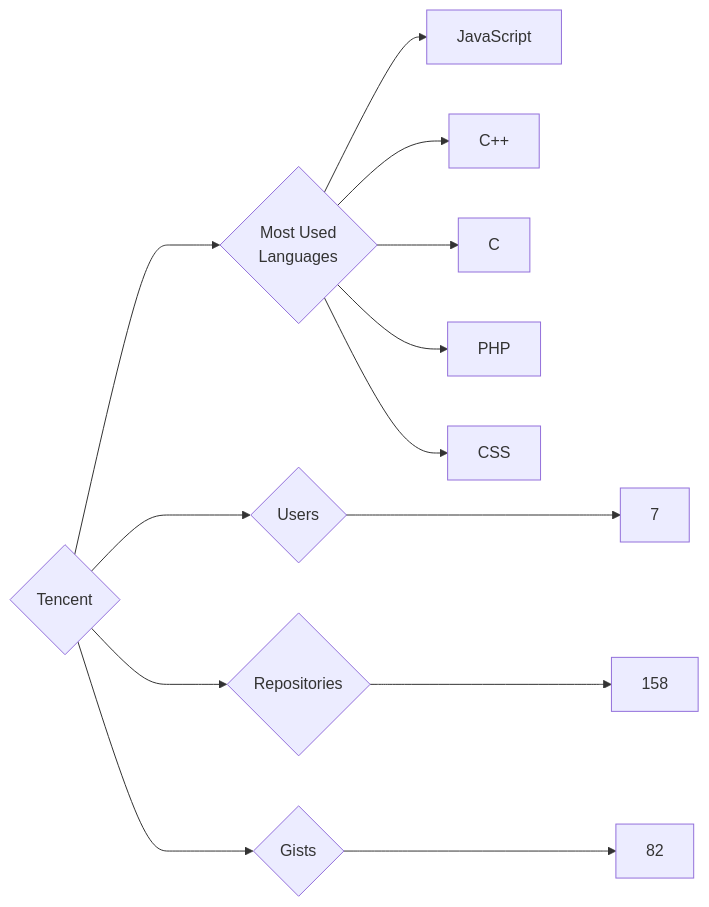
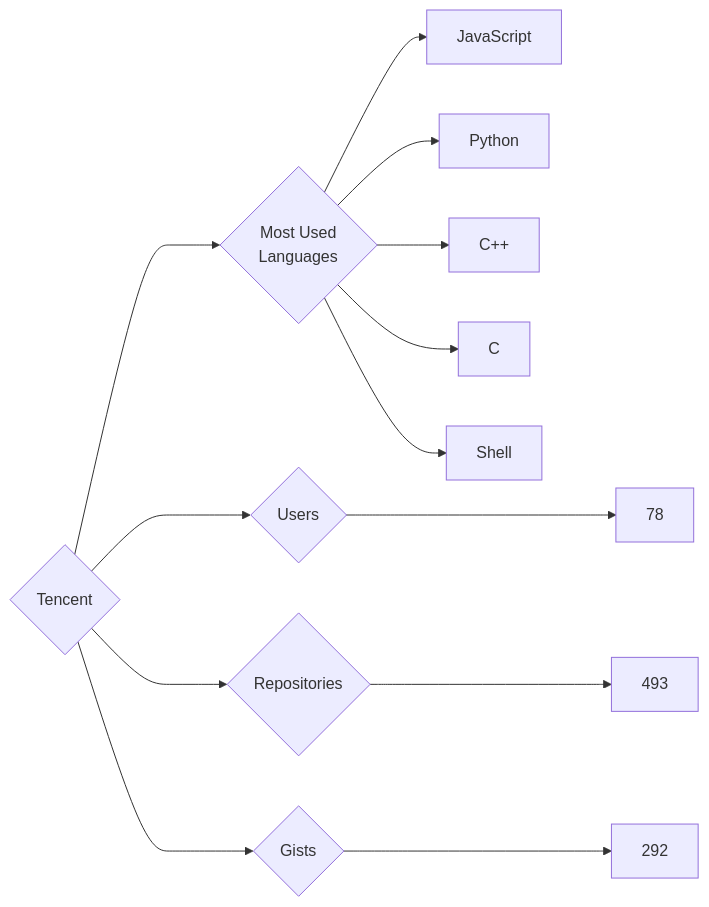
One commit to trickest/insiders changed the diagram in targets/Tencent/README.md. Above: the diagram before and after it, drawn with Mermaid. The commit also changed 773 other files, not shown here.

````diff
--- a/targets/Tencent/README.md
+++ b/targets/Tencent/README.md
@@ -3,13 +3,13 @@
 ```mermaid
 graph LR
 COMPANY_NAME{Tencent}
-COMPANY_NAME ---> U{Users} ---> UN[7]
-COMPANY_NAME ---> R{Repositories} ---> RN[158]
-COMPANY_NAME ---> G{Gists} ---> GN[82]
+COMPANY_NAME ---> U{Users} ---> UN[78]
+COMPANY_NAME ---> R{Repositories} ---> RN[493]
+COMPANY_NAME ---> G{Gists} ---> GN[292]
 COMPANY_NAME ---> ML{Most Used<br>Languages}
 ML --> JavaScript[JavaScript]
+ML --> Python[Python]
 ML --> C++[C++]
 ML --> C[C]
-ML --> PHP[PHP]
-ML --> CSS[CSS]
+ML --> Shell[Shell]
 ```
````
